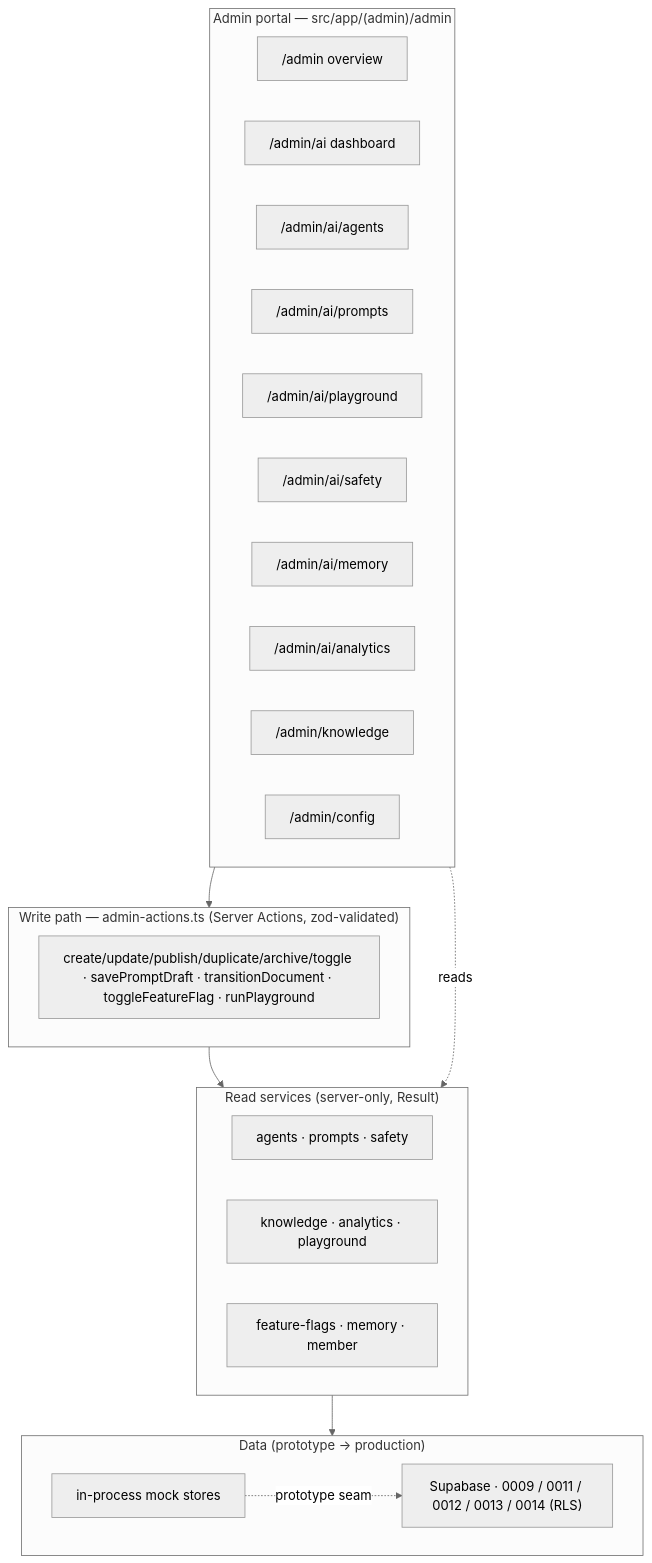
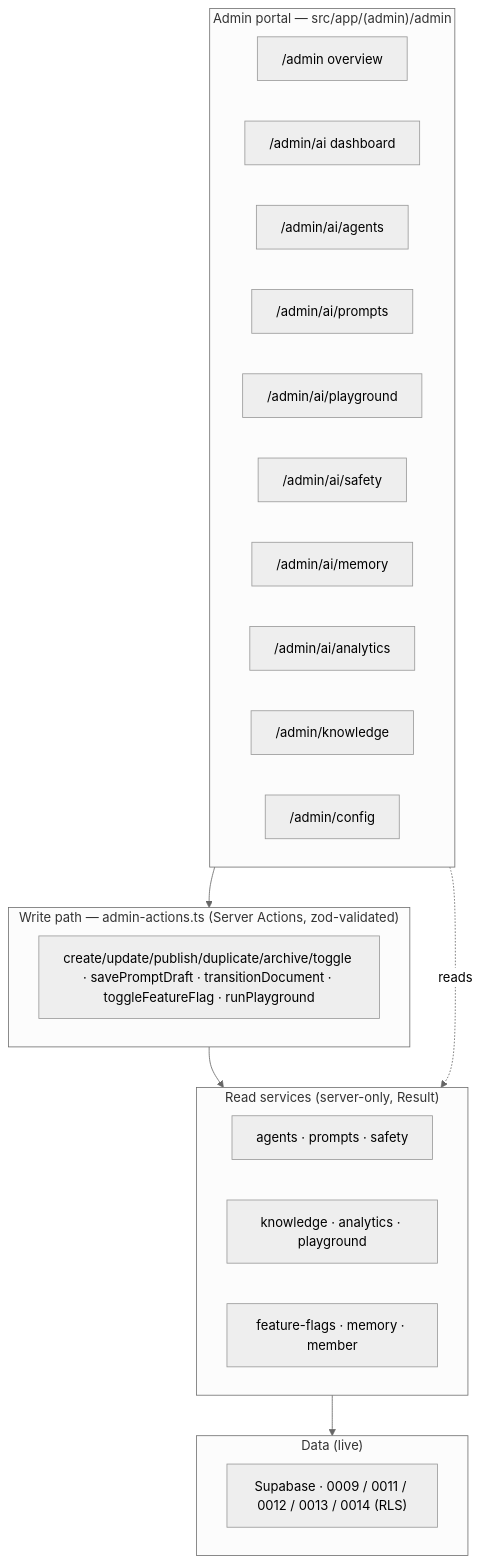
One commit to jayjay77uk/Juice-doctor changed the first of 6 diagrams in docs/architecture/13-ai-platform.md. Above: the diagram before and after it, drawn with Mermaid (neutral theme). The commit also changed other lines of this file and 84 other files, not shown here.

````diff
--- a/docs/architecture/13-ai-platform.md
+++ b/docs/architecture/13-ai-platform.md
@@ -56,34 +56,32 @@
 ```mermaid
 flowchart TB
   subgraph Admin["Admin portal — src/app/(admin)/admin"]
     OV["/admin overview"]
     AID["/admin/ai dashboard"]
     AG["/admin/ai/agents"]
     PR["/admin/ai/prompts"]
     PG["/admin/ai/playground"]
     SF["/admin/ai/safety"]
     MEM["/admin/ai/memory"]
     AN["/admin/ai/analytics"]
     KN["/admin/knowledge"]
     CFG["/admin/config"]
   end
 
   subgraph Actions["Write path — admin-actions.ts (Server Actions, zod-validated)"]
     WA["create/update/publish/duplicate/archive/toggle · savePromptDraft · transitionDocument · toggleFeatureFlag · runPlayground"]
   end
 
   subgraph Services["Read services (server-only, Result<T>)"]
     S1["agents · prompts · safety"]
     S2["knowledge · analytics · playground"]
     S3["feature-flags · memory · member"]
   end
 
-  subgraph Data["Data (prototype → production)"]
-    MOCK["in-process mock stores"]
+  subgraph Data["Data (live)"]
     DB["Supabase · 0009 / 0011 / 0012 / 0013 / 0014 (RLS)"]
   end
 
   Admin --> Actions --> Services --> Data
   Admin -.reads.-> Services
-  MOCK -. "prototype seam" .-> DB
 ```
````
